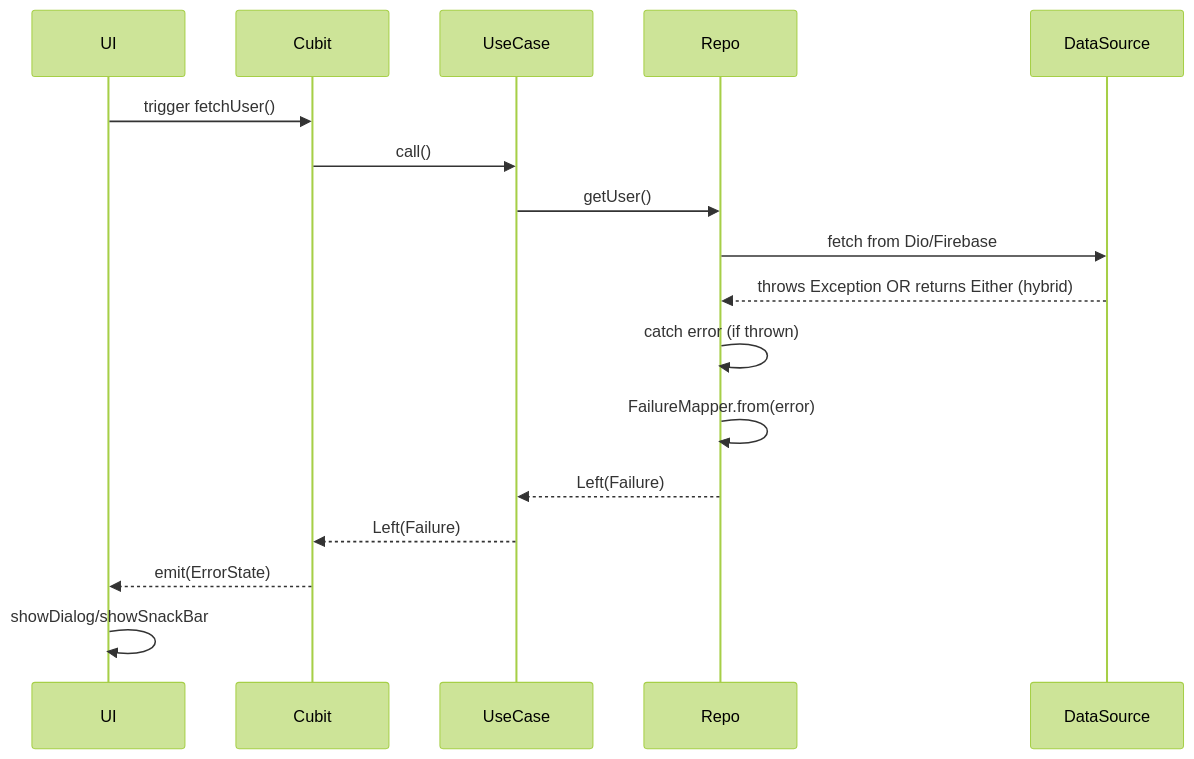
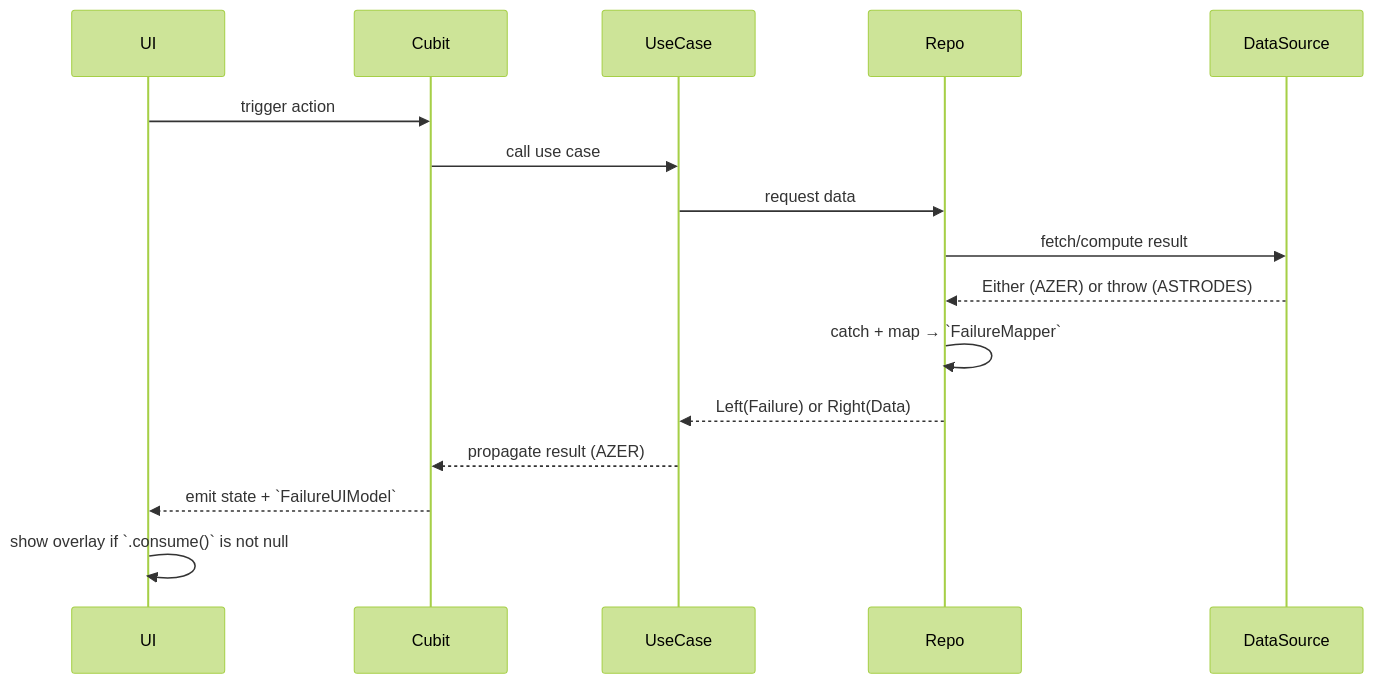
The diagram in lib/core/shared_modules/errors_handling/Errors_Handling_FLOW.md (RamanGodun/firebase-with-BLoC-or-CUBIT), drawn with Mermaid (forest theme) before and after one commit. The commit also changed other lines of this file and 15 other files, not shown here.

````diff
--- a/lib/core/shared_modules/errors_handling/Errors_Handling_FLOW.md
+++ b/lib/core/shared_modules/errors_handling/Errors_Handling_FLOW.md
@@ -44,20 +148,19 @@
 ```mermaid
 sequenceDiagram
     participant UI
     participant Cubit
     participant UseCase
     participant Repo
     participant DataSource
 
-    UI->>Cubit: trigger fetchUser()
-    Cubit->>UseCase: call()
-    UseCase->>Repo: getUser()
-    Repo->>DataSource: fetch from Dio/Firebase
-    DataSource-->>Repo: throws Exception OR returns Either (hybrid)
-    Repo->>Repo: catch error (if thrown)
-    Repo->>Repo: FailureMapper.from(error)
-    Repo-->>UseCase: Left(Failure)
-    UseCase-->>Cubit: Left(Failure)
-    Cubit-->>UI: emit(ErrorState)
-    UI->>UI: showDialog/showSnackBar
+    UI->>Cubit: trigger action
+    Cubit->>UseCase: call use case
+    UseCase->>Repo: request data
+    Repo->>DataSource: fetch/compute result
+    DataSource-->>Repo: Either (AZER) or throw (ASTRODES)
+    Repo->>Repo: catch + map → `FailureMapper`
+    Repo-->>UseCase: Left(Failure) or Right(Data)
+    UseCase-->>Cubit: propagate result (AZER)
+    Cubit-->>UI: emit state + `FailureUIModel`
+    UI->>UI: show overlay if `.consume()` is not null
 ```
````
